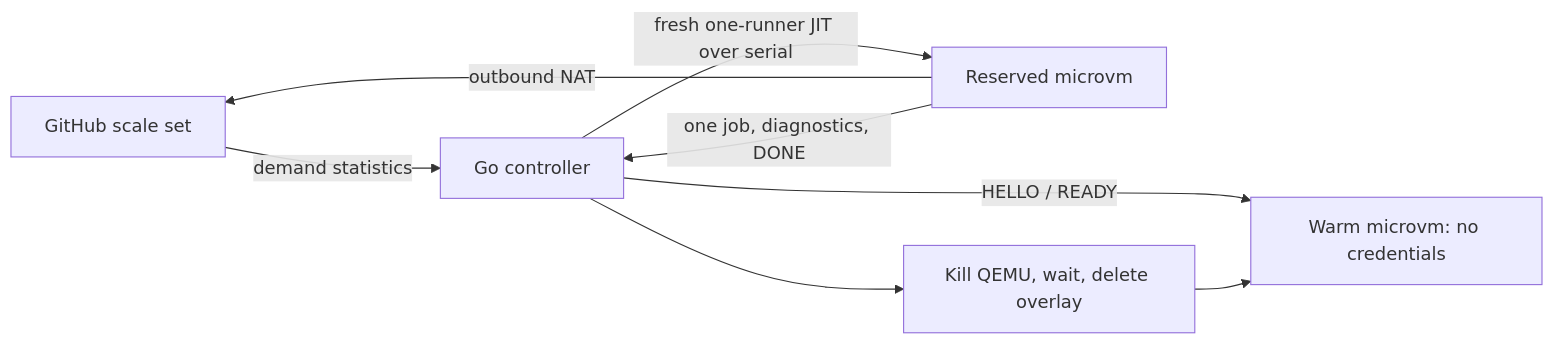
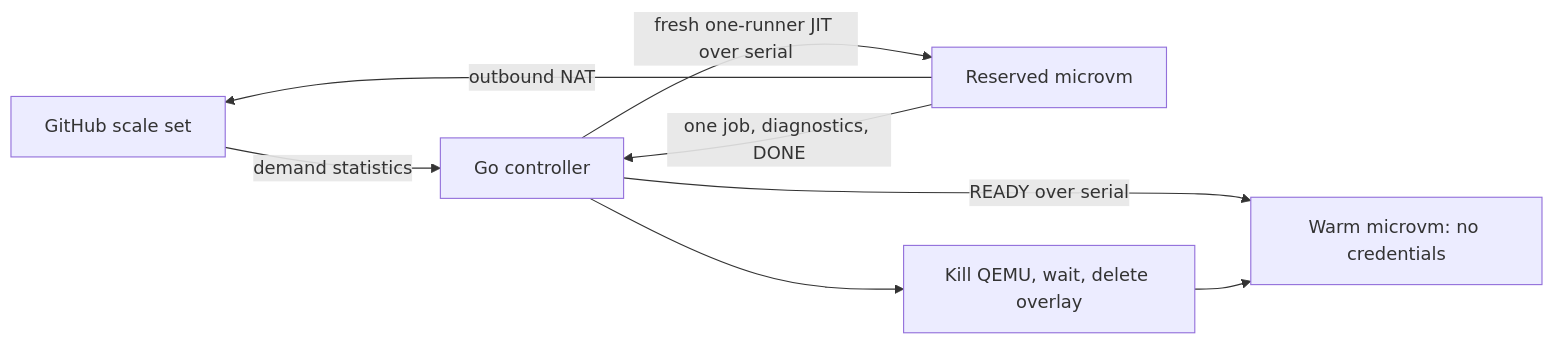
Before and after one commit to plover-digital/chickadee: the diagram in README.md, drawn with Mermaid. The commit also changed other lines of this file and 17 other files, not shown here.

````diff
--- a/README.md
+++ b/README.md
@@ -30,10 +30,10 @@
 ```mermaid
 flowchart LR
   GH[GitHub scale set] -->|demand statistics| C[Go controller]
-  C -->|HELLO / READY| W[Warm microvm: no credentials]
+  C -->|READY over serial| W[Warm microvm: no credentials]
   C -->|fresh one-runner JIT over serial| R[Reserved microvm]
   R -->|outbound NAT| GH
   R -->|one job, diagnostics, DONE| C
   C --> D[Kill QEMU, wait, delete overlay]
   D --> W
 ```
````
